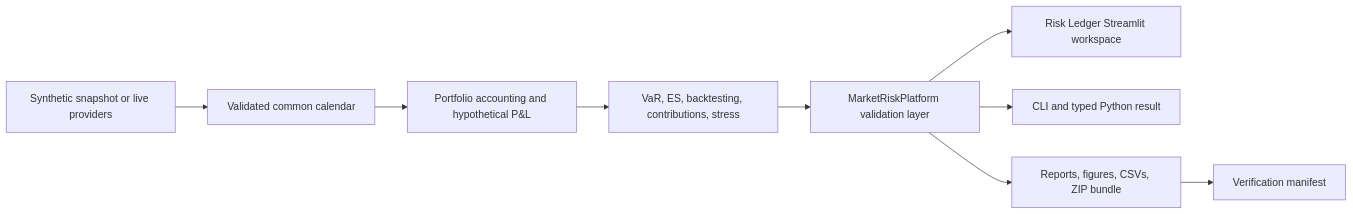
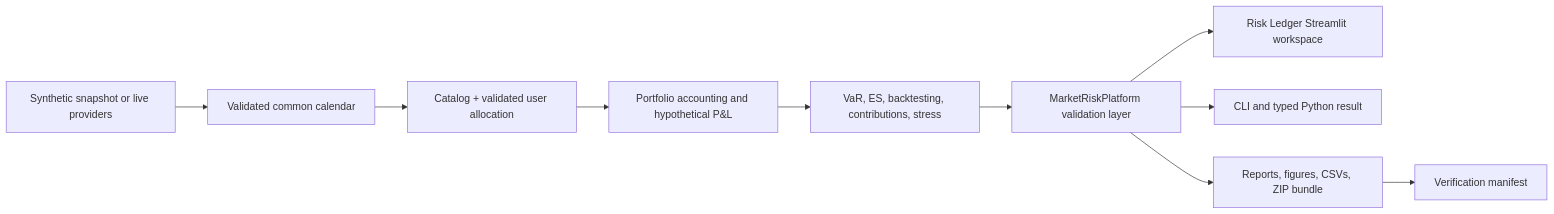
Before and after one commit to sheeeeshba/market-risk-engine: the diagram in README.md, drawn with Mermaid. The commit also changed other lines of this file and 74 other files, not shown here.

````diff
--- a/README.md
+++ b/README.md
@@ -69,11 +72,12 @@
 ```mermaid
 flowchart LR
     A["Synthetic snapshot or live providers"] --> B["Validated common calendar"]
-    B --> C["Portfolio accounting and hypothetical P&L"]
-    C --> D["VaR, ES, backtesting, contributions, stress"]
-    D --> E["MarketRiskPlatform validation layer"]
-    E --> F["Risk Ledger Streamlit workspace"]
-    E --> G["CLI and typed Python result"]
-    E --> H["Reports, figures, CSVs, ZIP bundle"]
-    H --> I["Verification manifest"]
+    B --> C["Catalog + validated user allocation"]
+    C --> D["Portfolio accounting and hypothetical P&L"]
+    D --> E["VaR, ES, backtesting, contributions, stress"]
+    E --> F["MarketRiskPlatform validation layer"]
+    F --> G["Risk Ledger Streamlit workspace"]
+    F --> H["CLI and typed Python result"]
+    F --> I["Reports, figures, CSVs, ZIP bundle"]
+    I --> J["Verification manifest"]
 ```
````
